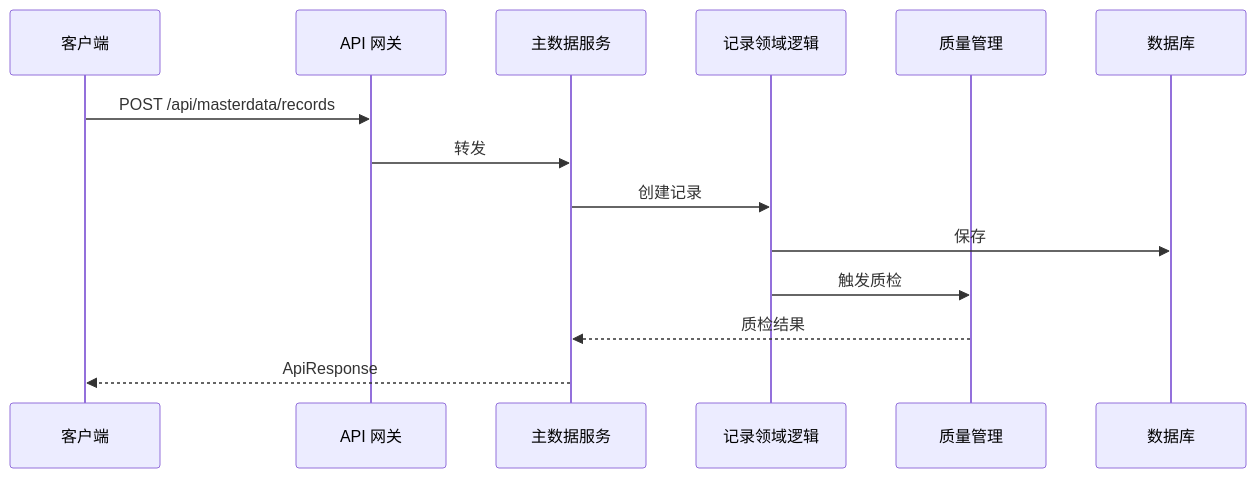
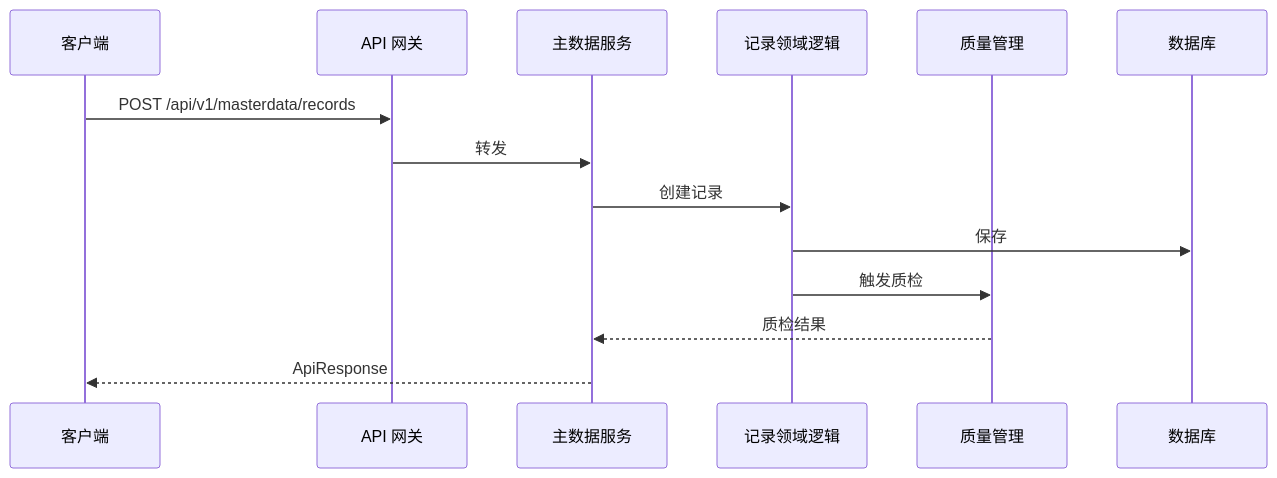
Before and after one commit to trenhui/bone: the sixth of 9 diagrams in doc/architecture/BONE-总体架构设计方案.md, drawn with Mermaid. The commit also changed other lines of this file and 460 other files, not shown here.

````diff
--- a/doc/architecture/BONE-总体架构设计方案.md
+++ b/doc/architecture/BONE-总体架构设计方案.md
@@ -1004,17 +1002,17 @@
 ```mermaid
 sequenceDiagram
     participant C as 客户端
     participant GW as API 网关
     participant MS as 主数据服务
     participant RM as 记录领域逻辑
     participant QM as 质量管理
     participant DB as 数据库
 
-    C->>GW: POST /api/masterdata/records
+    C->>GW: POST /api/v1/masterdata/records
     GW->>MS: 转发
     MS->>RM: 创建记录
     RM->>DB: 保存
     RM->>QM: 触发质检
     QM-->>MS: 质检结果
     MS-->>C: ApiResponse
 ```
````
